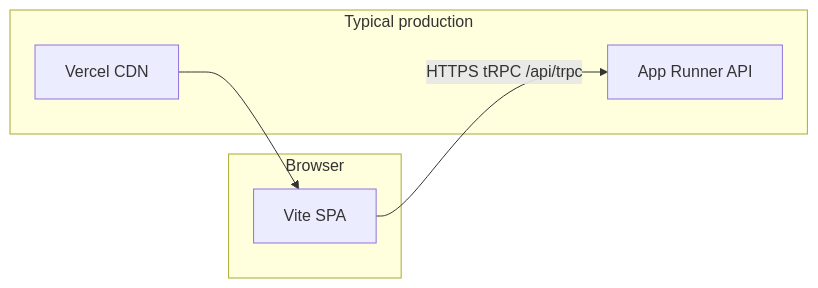
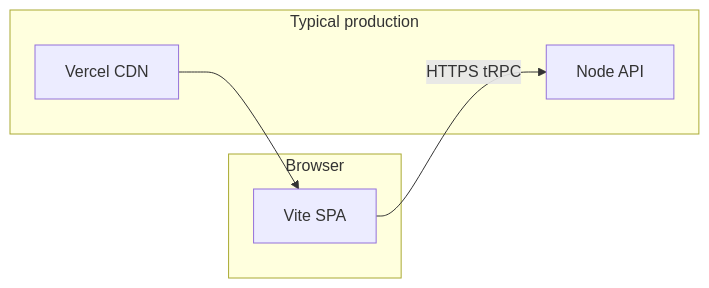
Before and after one commit to Ivano-Technologies/nrcs-eam: the diagram in docs/ARCHITECTURE.md, drawn with Mermaid. The commit also changed other lines of this file and 51 other files, not shown here.

````diff
--- a/docs/ARCHITECTURE.md
+++ b/docs/ARCHITECTURE.md
@@ -5,12 +5,12 @@
 ```mermaid
 flowchart LR
   subgraph clients [Browser]
     SPA[Vite SPA]
   end
   subgraph hosts [Typical production]
     Vercel[Vercel CDN]
-    AppRunner[App Runner API]
+    API[Node API]
   end
-  SPA -->|HTTPS tRPC /api/trpc| AppRunner
+  SPA -->|HTTPS tRPC| API
   Vercel --> SPA
 ```
````
